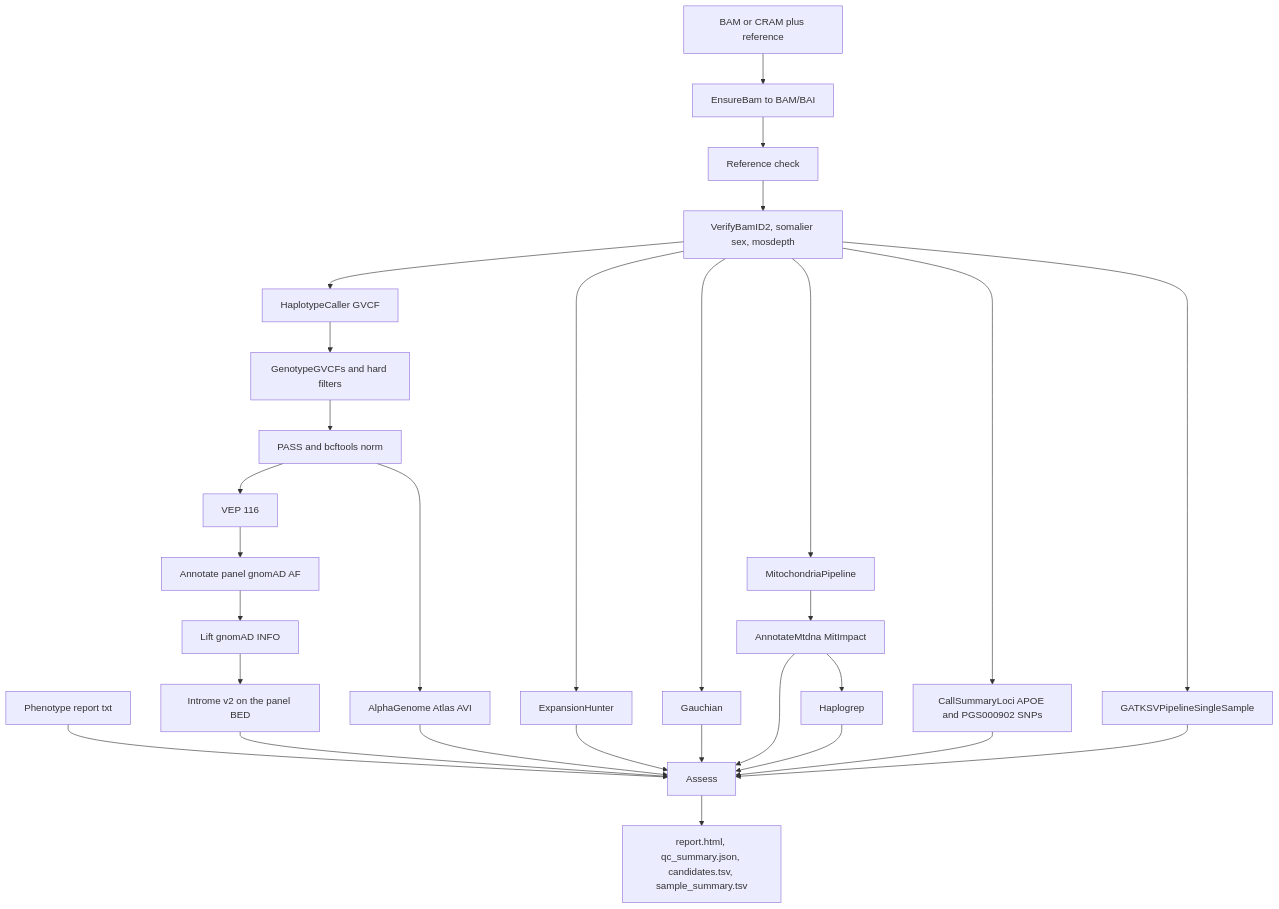
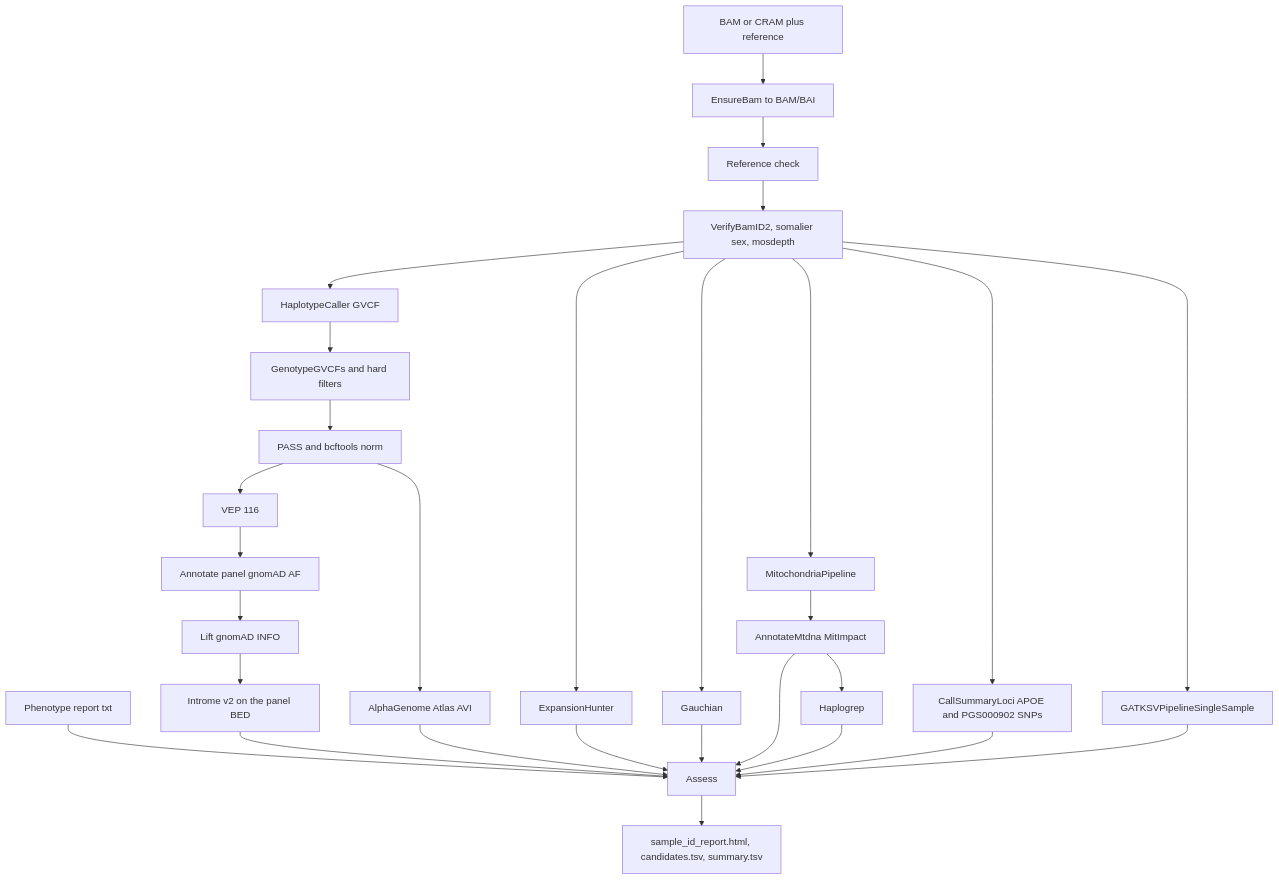
Before and after one commit to gqworks/pdsample-terra: the first of 2 diagrams in README.md, drawn with Mermaid. The commit also changed other lines of this file and 9 other files, not shown here.

First line of the commit message:
Prefix Assess files with sample_id and copy QC into report.html.

````diff
--- a/README.md
+++ b/README.md
@@ -5,31 +5,31 @@
 ```mermaid
 flowchart TD
   bam[BAM or CRAM plus reference] --> ensure[EnsureBam to BAM/BAI]
   ensure --> check[Reference check]
   check --> qc[VerifyBamID2, somalier sex, mosdepth]
   qc --> hc[HaplotypeCaller GVCF]
   hc --> gt[GenotypeGVCFs and hard filters]
   gt --> norm[PASS and bcftools norm]
   norm --> vep[VEP 116]
   vep --> gnomadAf[Annotate panel gnomAD AF]
   gnomadAf --> lift[Lift gnomAD INFO]
   lift --> introme[Introme v2 on the panel BED]
   norm --> avi[AlphaGenome Atlas AVI]
   qc --> eh[ExpansionHunter]
   qc --> gba[Gauchian]
   qc --> mito[MitochondriaPipeline]
   mito --> mitoAnn[AnnotateMtdna MitImpact]
   mitoAnn --> haplo[Haplogrep]
   qc --> summaryLoci[CallSummaryLoci APOE and PGS000902 SNPs]
   qc --> gatksv[GATKSVPipelineSingleSample]
   pheno[Phenotype report txt] --> assess[Assess]
   introme --> assess
   avi --> assess
   eh --> assess
   gba --> assess
   mitoAnn --> assess
   haplo --> assess
   summaryLoci --> assess
   gatksv --> assess
-  assess --> row[report.html, qc_summary.json, candidates.tsv, sample_summary.tsv]
+  assess --> row["sample_id_report.html, candidates.tsv, summary.tsv"]
 ```
````
